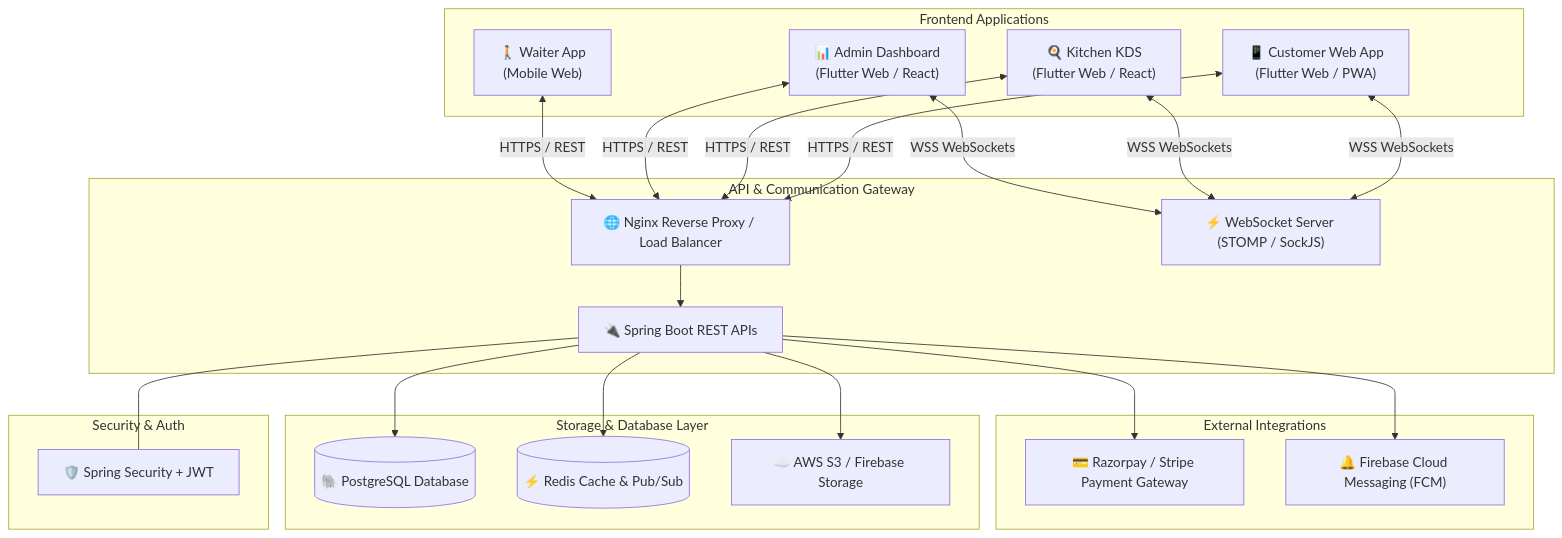
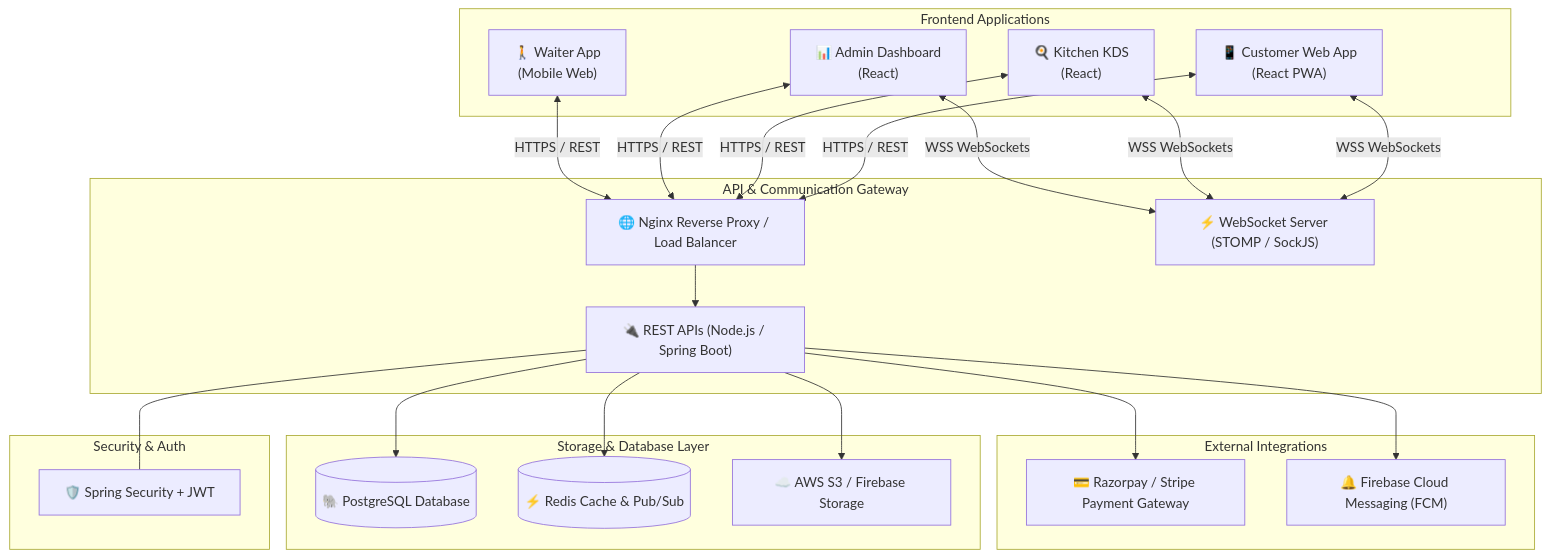
One commit to raval5114/Sem-3-MSIT changed the first of 9 diagrams in Project/context/project.spec.md. Above: the diagram before and after it, drawn with Mermaid. The commit also changed other lines of this file and 9304 other files, not shown here.

````diff
--- a/Project/context/project.spec.md
+++ b/Project/context/project.spec.md
@@ -121,47 +121,47 @@
 ```mermaid
 flowchart TB
     subgraph Clients["Frontend Applications"]
-        C_APP["📱 Customer Web App\n(Flutter Web / PWA)"]
-        K_APP["🍳 Kitchen KDS\n(Flutter Web / React)"]
-        A_APP["📊 Admin Dashboard\n(Flutter Web / React)"]
+        C_APP["📱 Customer Web App\n(React PWA)"]
+        K_APP["🍳 Kitchen KDS\n(React)"]
+        A_APP["📊 Admin Dashboard\n(React)"]
         W_APP["🚶 Waiter App\n(Mobile Web)"]
     end
 
     subgraph Gateway["API & Communication Gateway"]
         NGINX["🌐 Nginx Reverse Proxy / Load Balancer"]
         WS_GATEWAY["⚡ WebSocket Server (STOMP / SockJS)"]
-        REST_API["🔌 Spring Boot REST APIs"]
+        REST_API["🔌 REST APIs (Node.js / Spring Boot)"]
     end
 
     subgraph Security["Security & Auth"]
         SPRING_SEC["🛡️ Spring Security + JWT"]
     end
 
     subgraph Persistence["Storage & Database Layer"]
         PG_DB[(🐘 PostgreSQL Database)]
         REDIS_CACHE[(⚡ Redis Cache & Pub/Sub)]
         S3_STORAGE["☁️ AWS S3 / Firebase Storage"]
     end
 
     subgraph External["External Integrations"]
         PAYMENT["💳 Razorpay / Stripe Payment Gateway"]
         FCM["🔔 Firebase Cloud Messaging (FCM)"]
     end
 
     C_APP <-->|HTTPS / REST| NGINX
     K_APP <-->|HTTPS / REST| NGINX
     A_APP <-->|HTTPS / REST| NGINX
     W_APP <-->|HTTPS / REST| NGINX
 
     C_APP <-->|WSS WebSockets| WS_GATEWAY
     K_APP <-->|WSS WebSockets| WS_GATEWAY
     A_APP <-->|WSS WebSockets| WS_GATEWAY
 
     NGINX --> REST_API
     REST_API --- SPRING_SEC
     REST_API --> PG_DB
     REST_API --> REDIS_CACHE
     REST_API --> S3_STORAGE
     REST_API --> PAYMENT
     REST_API --> FCM
 ```
````
